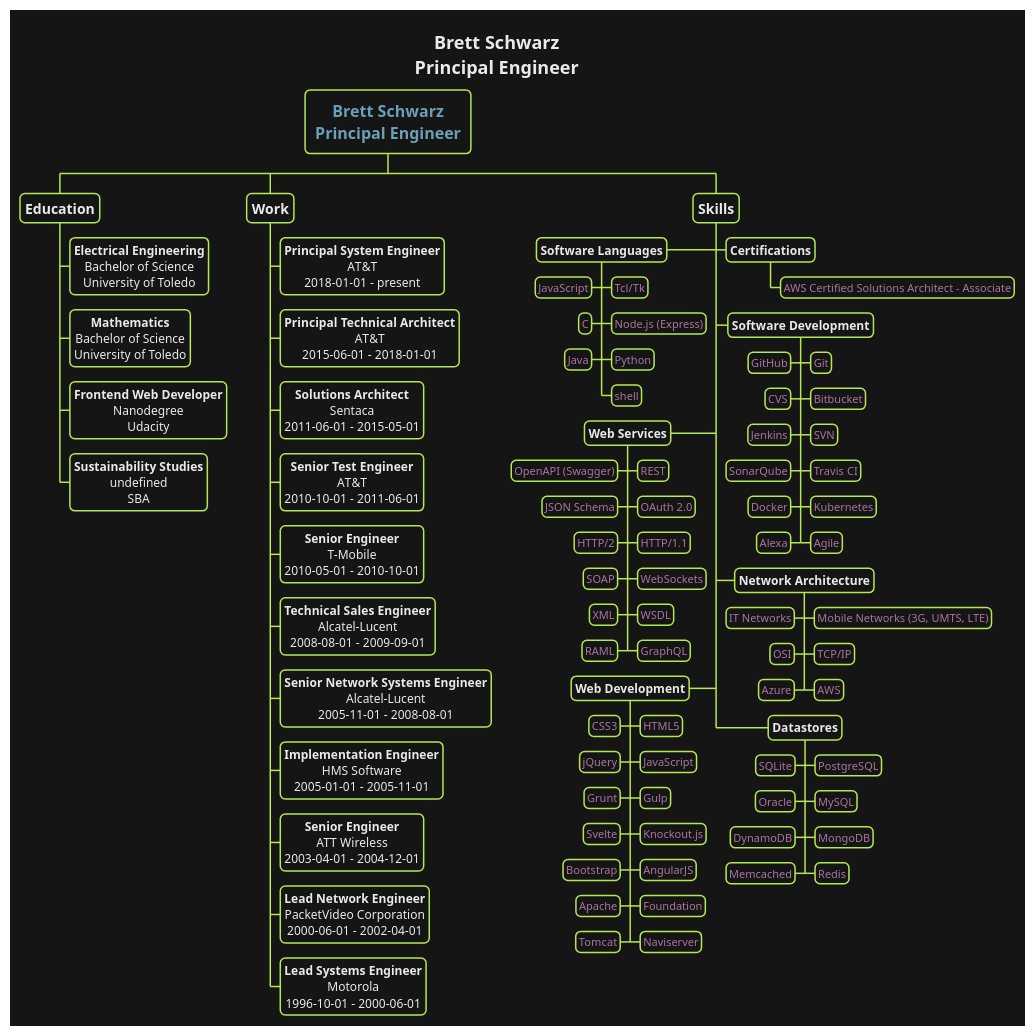
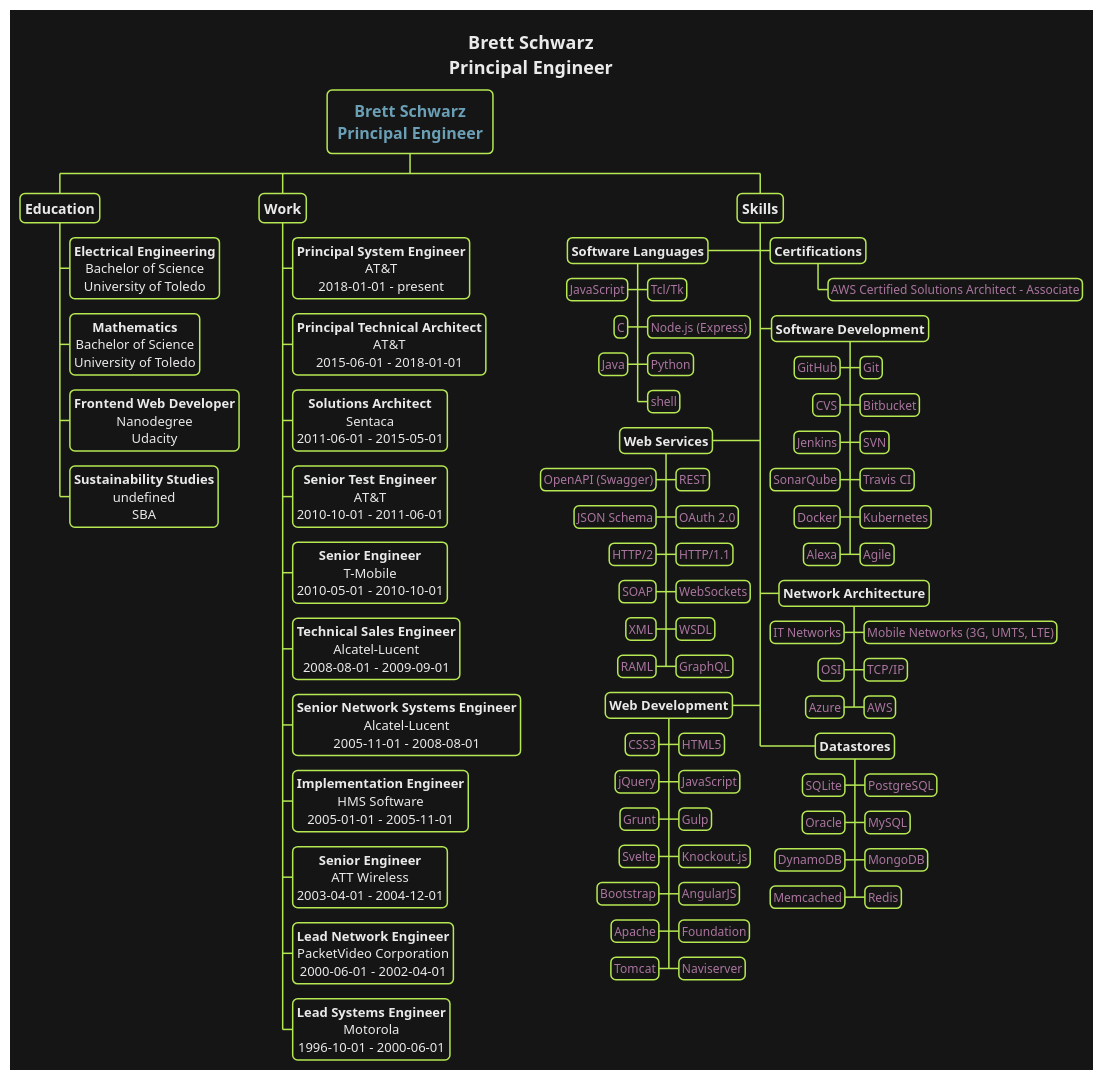
Before and after one commit to bschwarz/bschwarz.github.io: the diagram in assets/files/resume-dark.puml, drawn with PlantUML. The commit also changed 1 other file, not shown here.

Commit message:
increase font size

```diff
--- a/assets/files/resume-dark.puml
+++ b/assets/files/resume-dark.puml
@@ -1,134 +1,134 @@
 @startwbs
 
 skinparam backgroundColor transparent
 
 
 skinparam  {
     defaultFontName   "Verdana"
     defaultFontSize   12
     defaultTextAlignment center
     shadowing false
     RoundCorner 10
     TitleFontSize 18
     TitleFontColor #eaeaea
 }
 <style>
 wbsDiagram {
     LineColor #b5e853
     BorderThickness 3
     BackgroundColor #151515
     FontColor #eaeaea
     :depth(0) {
         fontSize 16
         fontStyle bold
         fontColor #6a9fb5
     }
     :depth(1) {
         fontSize 14
         padding 5
         fontStyle bold
     }
     :depth(2) {
-        fontSize 12
+        fontSize 13
         padding 4
     }
     :depth(3) {
-        fontSize 11
+        fontSize 12
         padding 3
         fontColor #aa759f
     }
 
 }
 </style>
 
 
 
 title Brett Schwarz\nPrincipal Engineer
 
 * Brett Schwarz\nPrincipal Engineer
 ** Education
 *** <b>Electrical Engineering\nBachelor of Science\nUniversity of Toledo
 *** <b>Mathematics\nBachelor of Science\nUniversity of Toledo
 *** <b>Frontend Web Developer\nNanodegree\nUdacity
 *** <b>Sustainability Studies\nundefined\nSBA
 ** Work
 *** <b>Principal System Engineer\nAT&T\n2018-01-01 - present
 *** <b>Principal Technical Architect\nAT&T\n2015-06-01 - 2018-01-01
 *** <b>Solutions Architect\nSentaca\n2011-06-01 - 2015-05-01
 *** <b>Senior Test Engineer\nAT&T\n2010-10-01 - 2011-06-01
 *** <b>Senior Engineer\nT-Mobile\n2010-05-01 - 2010-10-01
 *** <b>Technical Sales Engineer\nAlcatel-Lucent\n2008-08-01 - 2009-09-01
 *** <b>Senior Network Systems Engineer\nAlcatel-Lucent\n2005-11-01 - 2008-08-01
 *** <b>Implementation Engineer\nHMS Software\n2005-01-01 - 2005-11-01
 *** <b>Senior Engineer\nATT Wireless\n2003-04-01 - 2004-12-01
 *** <b>Lead Network Engineer\nPacketVideo Corporation\n2000-06-01 - 2002-04-01
 *** <b>Lead Systems Engineer\nMotorola\n1996-10-01 - 2000-06-01
 ** Skills
 ***> <b>Certifications
 ****> AWS Certified Solutions Architect - Associate
 ***< <b>Software Languages
 ****> Tcl/Tk
 ****< JavaScript
 ****> Node.js (Express)
 ****< C
 ****> Python
 ****< Java
 ****> shell
 ***> <b>Software Development
 ****> Git
 ****< GitHub
 ****> Bitbucket
 ****< CVS
 ****> SVN
 ****< Jenkins
 ****> Travis CI
 ****< SonarQube
 ****> Kubernetes
 ****< Docker
 ****> Agile
 ****< Alexa
 ***< <b>Web Services
 ****> REST
 ****< OpenAPI (Swagger)
 ****> OAuth 2.0
 ****< JSON Schema
 ****> HTTP/1.1
 ****< HTTP/2
 ****> WebSockets
 ****< SOAP
 ****> WSDL
 ****< XML
 ****> GraphQL
 ****< RAML
 ***> <b>Network Architecture
 ****> Mobile Networks (3G, UMTS, LTE)
 ****< IT Networks
 ****> TCP/IP
 ****< OSI
 ****> AWS
 ****< Azure
 ***< <b>Web Development
 ****> HTML5
 ****< CSS3
 ****> JavaScript
 ****< jQuery
 ****> Gulp
 ****< Grunt
 ****> Knockout.js
 ****< Svelte
 ****> AngularJS
 ****< Bootstrap
 ****> Foundation
 ****< Apache
 ****> Naviserver
 ****< Tomcat
 ***> <b>Datastores
 ****> PostgreSQL
 ****< SQLite
 ****> MySQL
 ****< Oracle
 ****> MongoDB
 ****< DynamoDB
 ****> Redis
 ****< Memcached
 @endwbs
```
